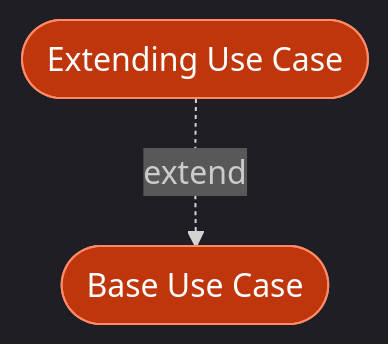
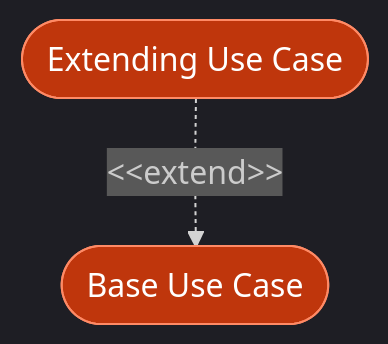
One commit to ToshikiImagawa/ai-sdd-workflow changed the eighth of 25 diagrams in plugins/sdd-workflow/shared/references/usecase_diagram_guide.md. Above: the diagram before and after it, drawn with Mermaid. The commit also changed other lines of this file and 48 other files, not shown here.

First line of the commit message:
v3.0.1: Mermaid記法のUML標準準拠とsdd-init設定管理機能の追加 (#35)

````diff
--- a/plugins/sdd-workflow/shared/references/usecase_diagram_guide.md
+++ b/plugins/sdd-workflow/shared/references/usecase_diagram_guide.md
@@ -228,12 +231,12 @@
 ```mermaid
 %%{init: {'theme': 'dark'}}%%
 flowchart TB
     Extending(["Extending Use Case"])
     Base(["Base Use Case"])
 
-    Extending -. extend .-> Base
+    Extending -.->|"&lt;&lt;extend&gt;&gt;"| Base
 
     classDef usecase fill:#bf360c,stroke:#ff8a65,color:#fff
 
     class Extending,Base usecase
 ```
````
